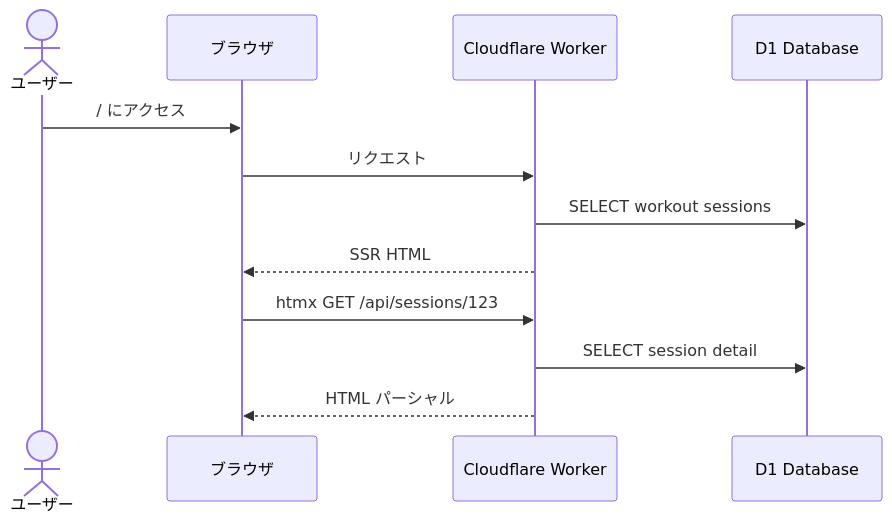
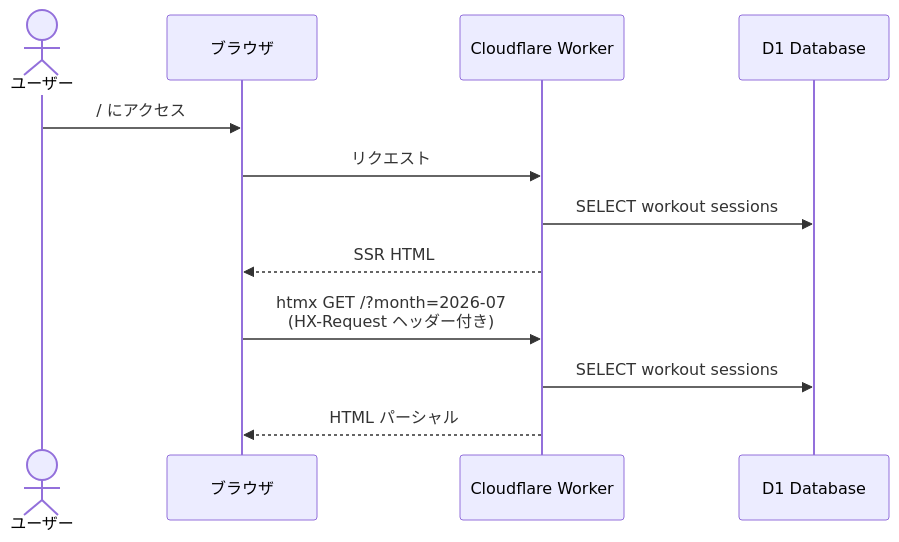
Before and after one commit to japan4415/training-logger: the third of 3 diagrams in docs/architecture.md, drawn with Mermaid. The commit also changed other lines of this file and 5 other files, not shown here.

````diff
--- a/docs/architecture.md
+++ b/docs/architecture.md
@@ -108,15 +108,15 @@
 ```mermaid
 sequenceDiagram
     actor User as ユーザー
     participant Browser as ブラウザ
     participant Worker as Cloudflare Worker
     participant D1 as D1 Database
 
     User->>Browser: / にアクセス
     Browser->>Worker: リクエスト
     Worker->>D1: SELECT workout sessions
     Worker-->>Browser: SSR HTML
-    Browser->>Worker: htmx GET /api/sessions/123
-    Worker->>D1: SELECT session detail
+    Browser->>Worker: htmx GET /?month=2026-07<br/>(HX-Request ヘッダー付き)
+    Worker->>D1: SELECT workout sessions
     Worker-->>Browser: HTML パーシャル
 ```
````
